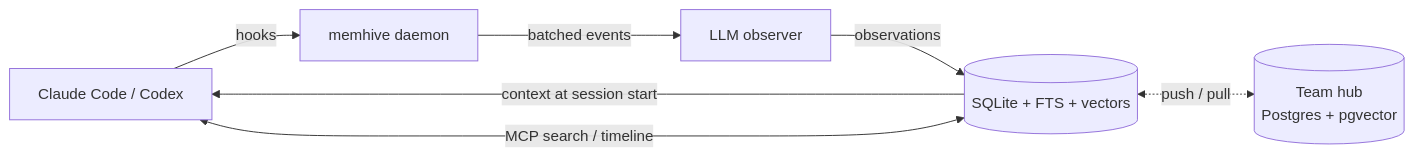
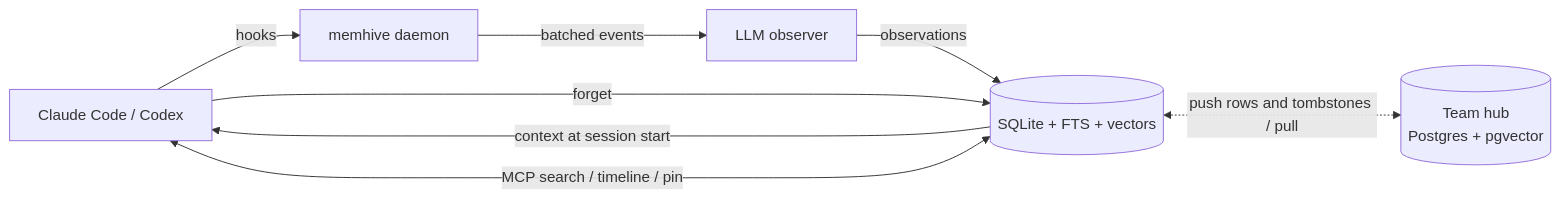
One commit to trickstarcandina/memhive changed the diagram in README.md. Above: the diagram before and after it, drawn with Mermaid. The commit also changed other lines of this file and 3 other files, not shown here.

````diff
--- a/README.md
+++ b/README.md
@@ -88,9 +88,10 @@
 ```mermaid
 flowchart LR
   A[Claude Code / Codex] -- hooks --> D[memhive daemon]
   D -- batched events --> L[LLM observer]
   L -- observations --> S[(SQLite + FTS + vectors)]
   S -- context at session start --> A
-  S <-- MCP search / timeline --> A
-  S <-. push / pull .-> H[(Team hub<br>Postgres + pgvector)]
+  S <-- MCP search / timeline / pin --> A
+  A -- forget --> S
+  S <-. push rows and tombstones / pull .-> H[(Team hub<br>Postgres + pgvector)]
 ```
````
